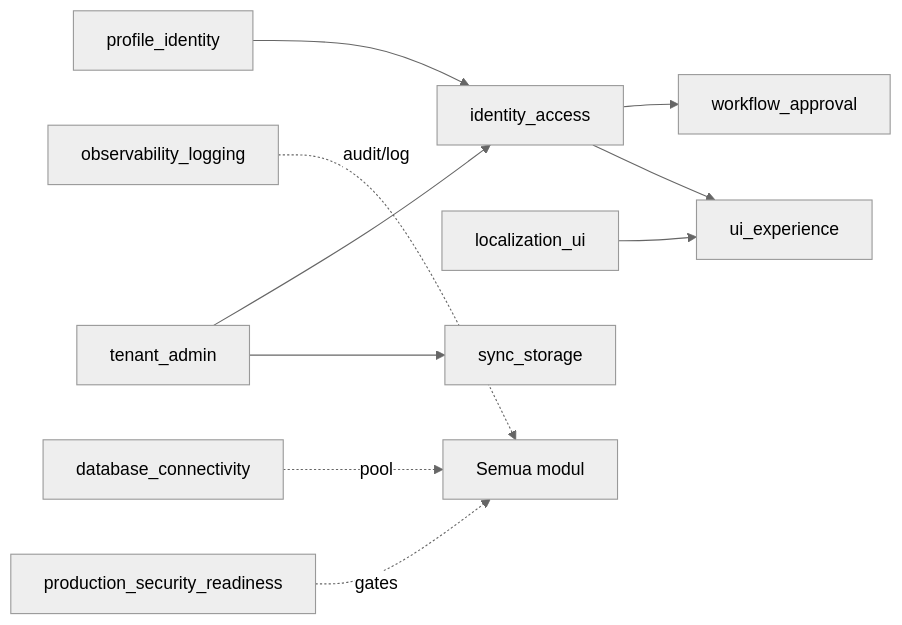
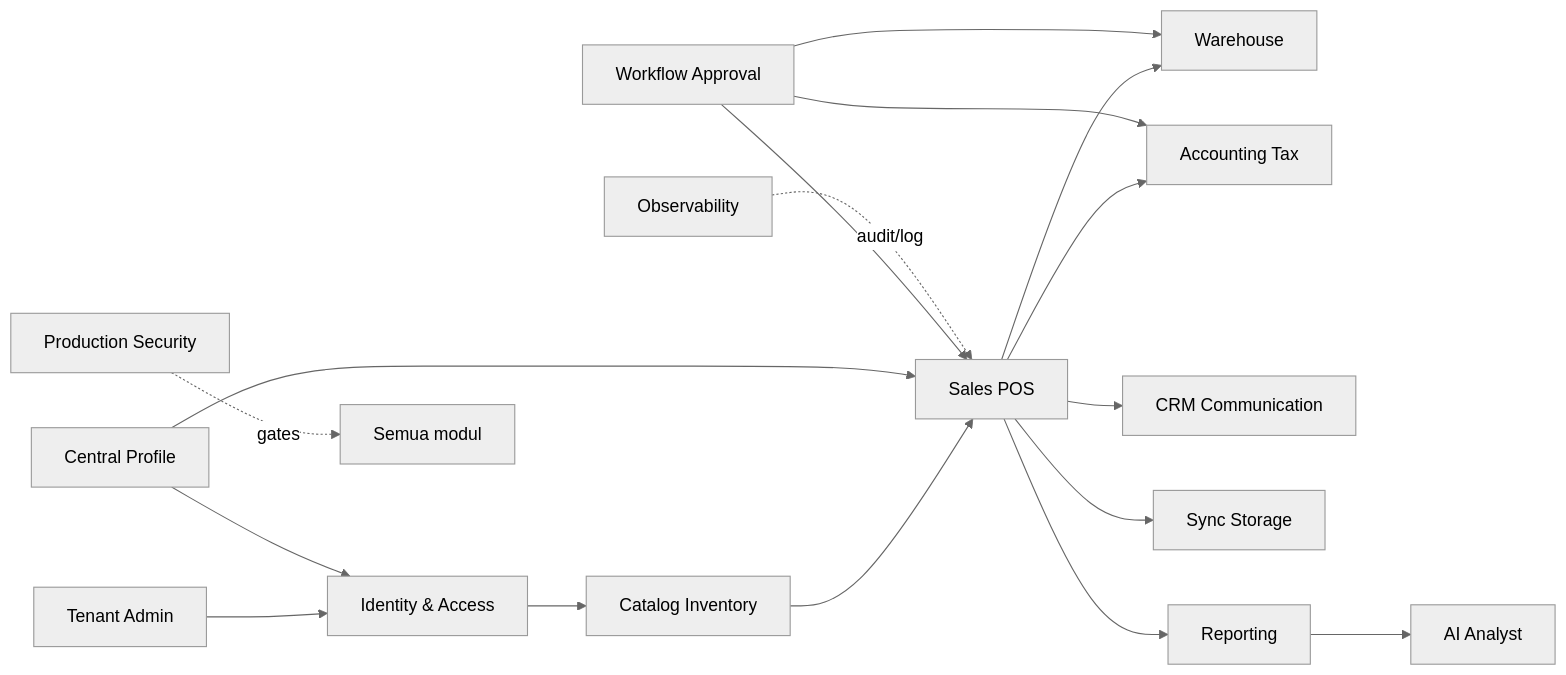
One commit to ahliweb/awcms-mini changed the second of 3 diagrams in docs/awcms-mini/01_canvas_induk.md. Above: the diagram before and after it, drawn with Mermaid (neutral theme). The commit also changed other lines of this file and 51 other files, not shown here.

````diff
--- a/docs/awcms-mini/01_canvas_induk.md
+++ b/docs/awcms-mini/01_canvas_induk.md
@@ -75,12 +58,19 @@
 ```mermaid
 flowchart LR
-  TA[tenant_admin] --> IA[identity_access]
-  CP[profile_identity] --> IA
-  IA --> WF[workflow_approval]
-  IA --> UI[ui_experience]
-  L10N[localization_ui] --> UI
-  OBS[observability_logging] -.audit/log.-> ALL[Semua modul]
-  DBC[database_connectivity] -.pool.-> ALL
-  SEC[production_security_readiness] -.gates.-> ALL
-  TA --> SYNC[sync_storage]
+  TA[Tenant Admin] --> IA[Identity & Access]
+  CP[Central Profile] --> IA
+  IA --> CI[Catalog Inventory]
+  CI --> SP[Sales POS]
+  CP --> SP
+  SP --> WH[Warehouse]
+  SP --> TAX[Accounting Tax]
+  SP --> CRM[CRM Communication]
+  SP --> SYNC[Sync Storage]
+  RPT[Reporting] --> AI[AI Analyst]
+  SP --> RPT
+  WF[Workflow Approval] --> SP
+  WF --> WH
+  WF --> TAX
+  OBS[Observability] -.audit/log.-> SP
+  SEC[Production Security] -.gates.-> ALL[Semua modul]
 ```
````
